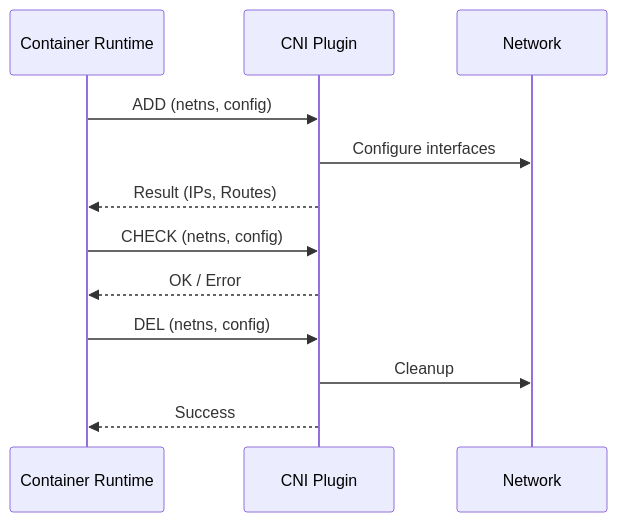
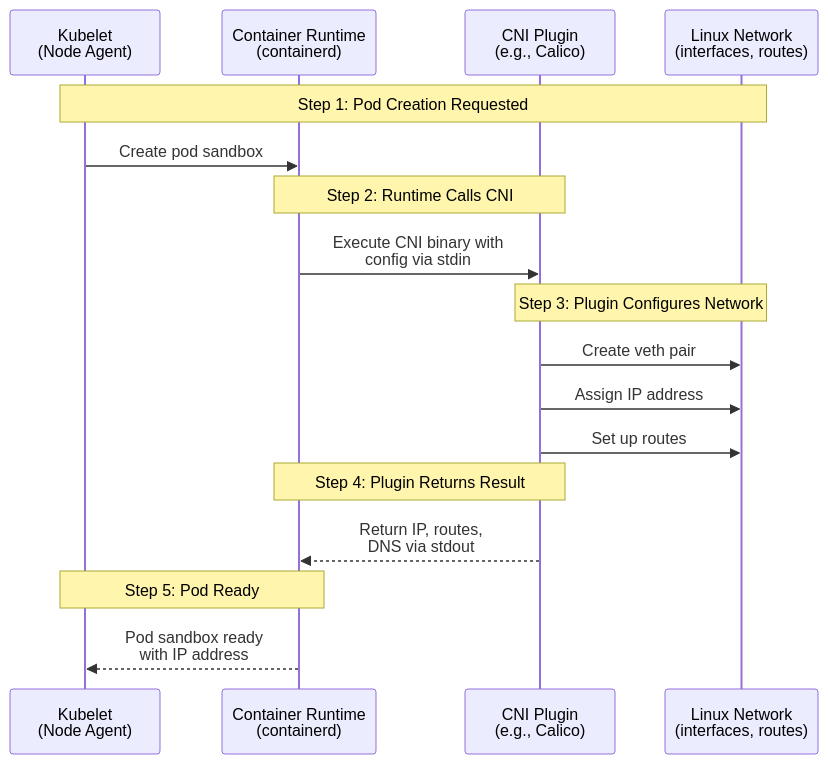
Before and after one commit to selvakumarperumal/k8s_minikube_learn: the second of 2 diagrams in cni_networking/01-cni-fundamentals.md, drawn with Mermaid. The commit also changed other lines of this file and 4 other files, not shown here.

````diff
--- a/cni_networking/01-cni-fundamentals.md
+++ b/cni_networking/01-cni-fundamentals.md
@@ -95,17 +141,24 @@
 ```mermaid
 sequenceDiagram
-    participant Runtime as Container Runtime
-    participant CNI as CNI Plugin
-    participant Network as Network
+    participant Kubelet as Kubelet<br/>(Node Agent)
+    participant CRI as Container Runtime<br/>(containerd)
+    participant CNI as CNI Plugin<br/>(e.g., Calico)
+    participant Network as Linux Network<br/>(interfaces, routes)
     
-    Runtime->>CNI: ADD (netns, config)
-    CNI->>Network: Configure interfaces
-    CNI-->>Runtime: Result (IPs, Routes)
+    Note over Kubelet,Network: Step 1: Pod Creation Requested
+    Kubelet->>CRI: Create pod sandbox
     
-    Runtime->>CNI: CHECK (netns, config)
-    CNI-->>Runtime: OK / Error
+    Note over CRI,CNI: Step 2: Runtime Calls CNI
+    CRI->>CNI: Execute CNI binary with<br/>config via stdin
     
-    Runtime->>CNI: DEL (netns, config)
-    CNI->>Network: Cleanup
-    CNI-->>Runtime: Success
+    Note over CNI,Network: Step 3: Plugin Configures Network
+    CNI->>Network: Create veth pair
+    CNI->>Network: Assign IP address
+    CNI->>Network: Set up routes
+    
+    Note over CRI,CNI: Step 4: Plugin Returns Result
+    CNI-->>CRI: Return IP, routes,<br/>DNS via stdout
+    
+    Note over Kubelet,CRI: Step 5: Pod Ready
+    CRI-->>Kubelet: Pod sandbox ready<br/>with IP address
 ```
````
